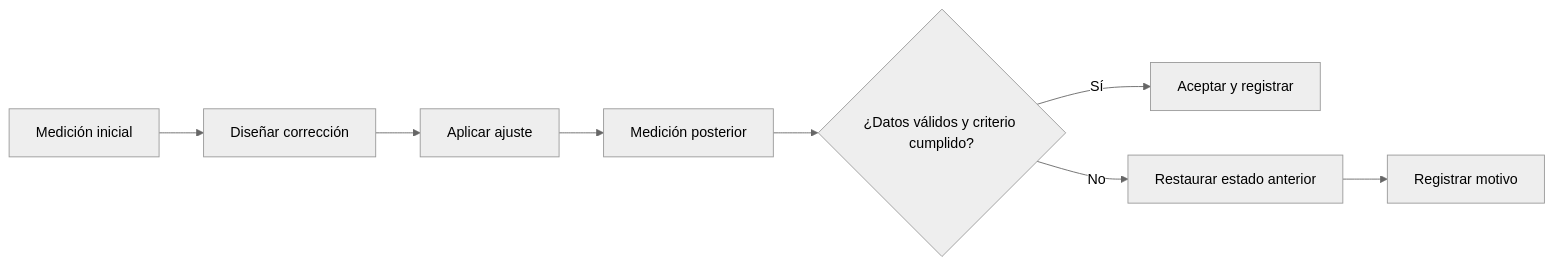
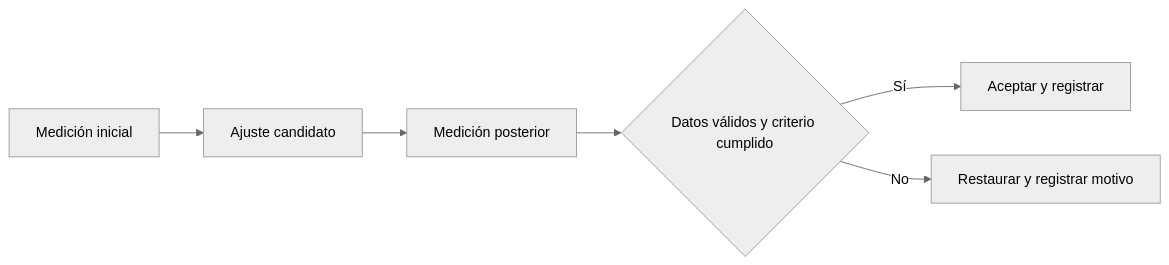
The diagram in README.md (luisurielpimentelperez814-design/IVANNA-OMEGA-SUPREME), drawn with Mermaid (neutral theme) before and after one commit. The commit also changed other lines of this file and 2 other files, not shown here.

````diff
--- a/README.md
+++ b/README.md
@@ -189,10 +67,8 @@
 ```mermaid
 flowchart LR
-    A["Medición inicial"] --> B["Diseñar corrección"]
-    B --> C["Aplicar ajuste"]
-    C --> D["Medición posterior"]
-    D --> E{"¿Datos válidos y criterio cumplido?"}
-    E -->|Sí| F["Aceptar y registrar"]
-    E -->|No| G["Restaurar estado anterior"]
-    G --> H["Registrar motivo"]
+    A[Medición inicial] --> B[Ajuste candidato]
+    B --> C[Medición posterior]
+    C --> D{Datos válidos y criterio cumplido}
+    D -->|Sí| E[Aceptar y registrar]
+    D -->|No| F[Restaurar y registrar motivo]
 ```
````
